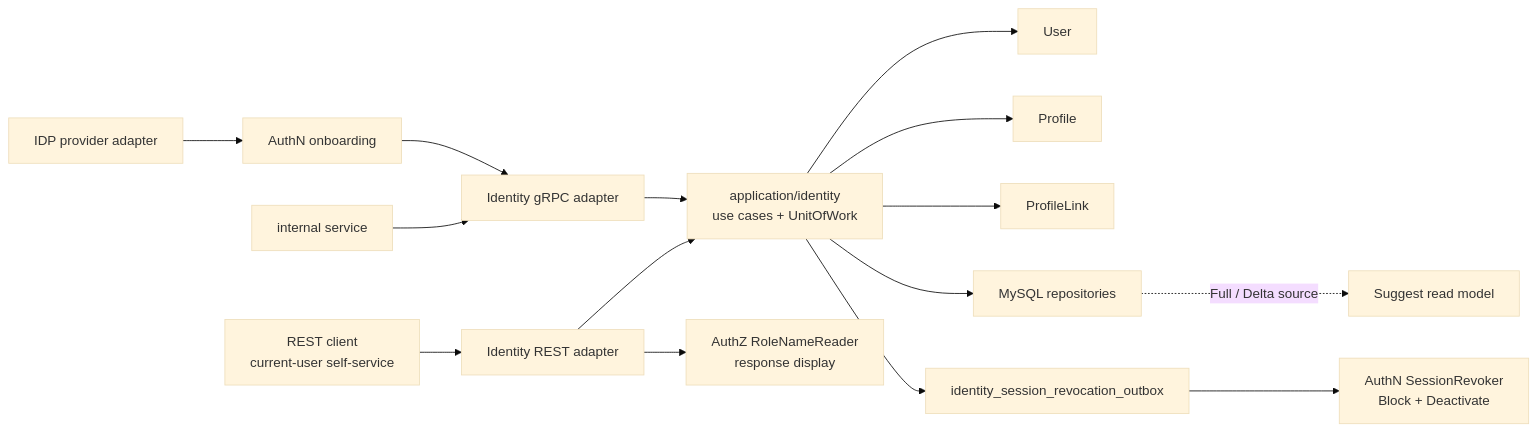
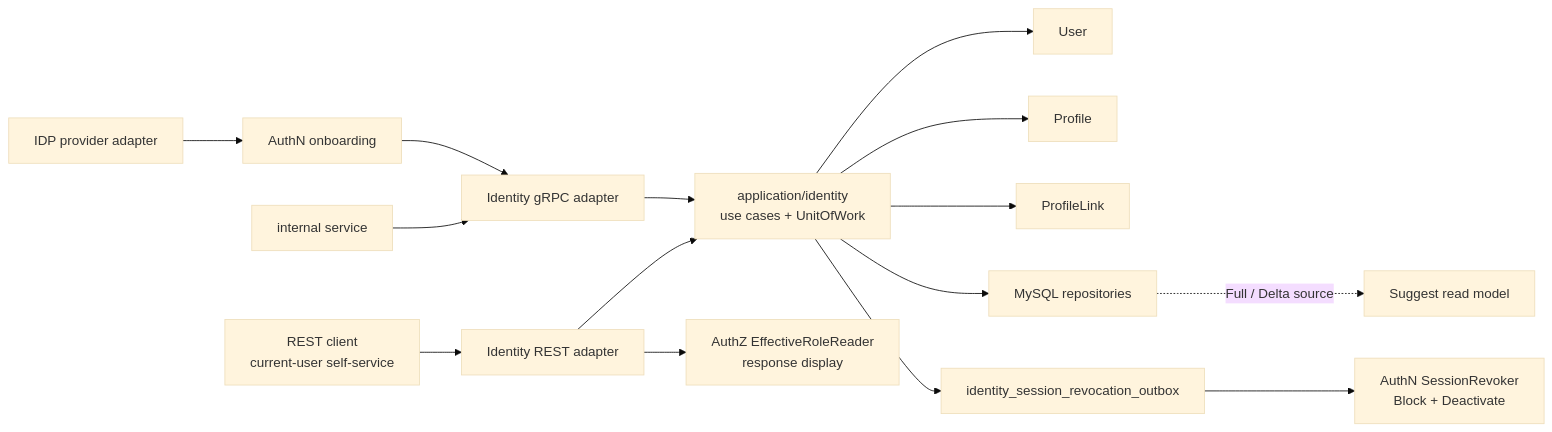
The diagram in docs/02-业务模块/01-Identity/00-模块总览.md (FangcunMount/iam), drawn with Mermaid (base theme) before and after one commit. The commit also changed other lines of this file and 172 other files, not shown here.

````diff
--- a/docs/02-业务模块/01-Identity/00-模块总览.md
+++ b/docs/02-业务模块/01-Identity/00-模块总览.md
@@ -75,21 +75,21 @@
 ```mermaid
 flowchart LR
     Client["REST client\ncurrent-user self-service"] --> REST["Identity REST adapter"]
     Service["internal service"] --> GRPC["Identity gRPC adapter"]
 
     REST --> APP["application/identity\nuse cases + UnitOfWork"]
     GRPC --> APP
 
     APP --> USER["User"]
     APP --> PROFILE["Profile"]
     APP --> LINK["ProfileLink"]
     APP --> DB["MySQL repositories"]
 
     APP --> REVOCATION["identity_session_revocation_outbox"]
     REVOCATION --> SESSION["AuthN SessionRevoker\nBlock + Deactivate"]
-    REST --> ROLE["AuthZ RoleNameReader\nresponse display"]
+    REST --> ROLE["AuthZ EffectiveRoleReader\nresponse display"]
 
     DB -. "Full / Delta source" .-> SUGGEST["Suggest read model"]
     IDP["IDP provider adapter"] --> AUTHN["AuthN onboarding"]
     AUTHN --> GRPC
 ```
````
